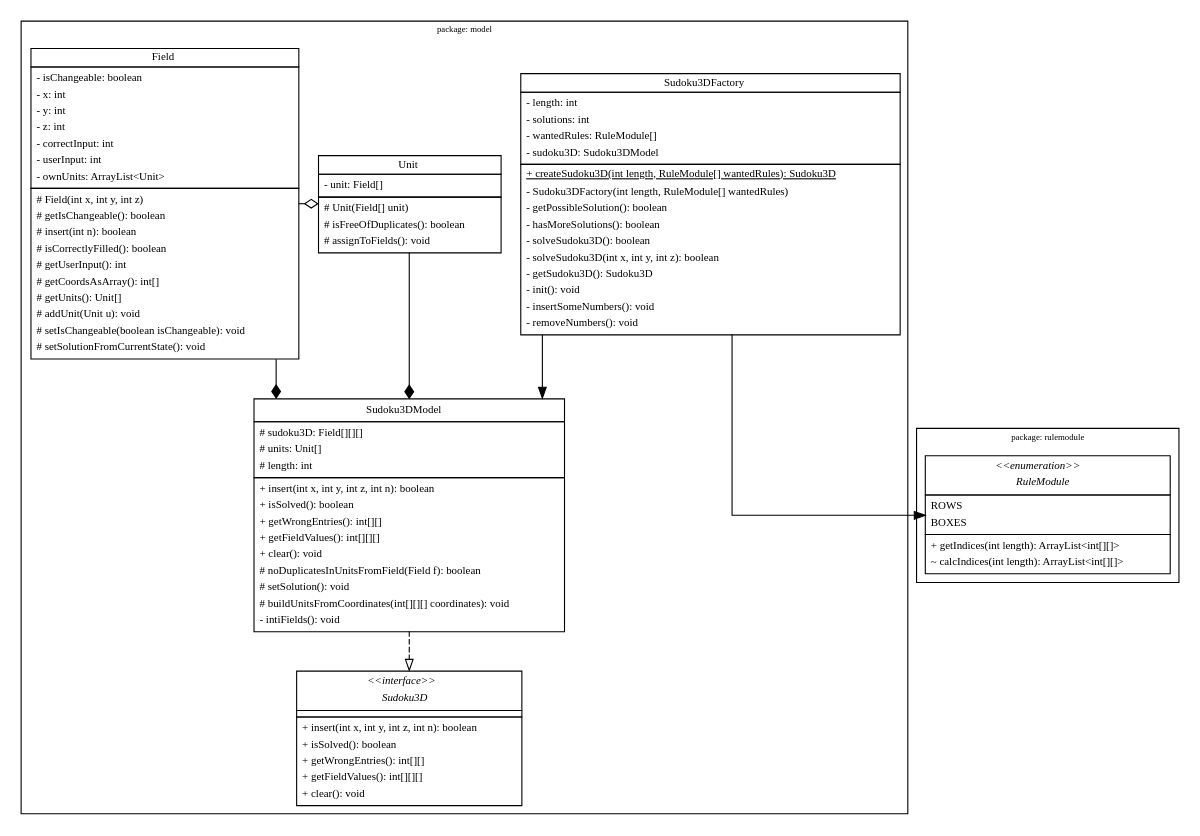
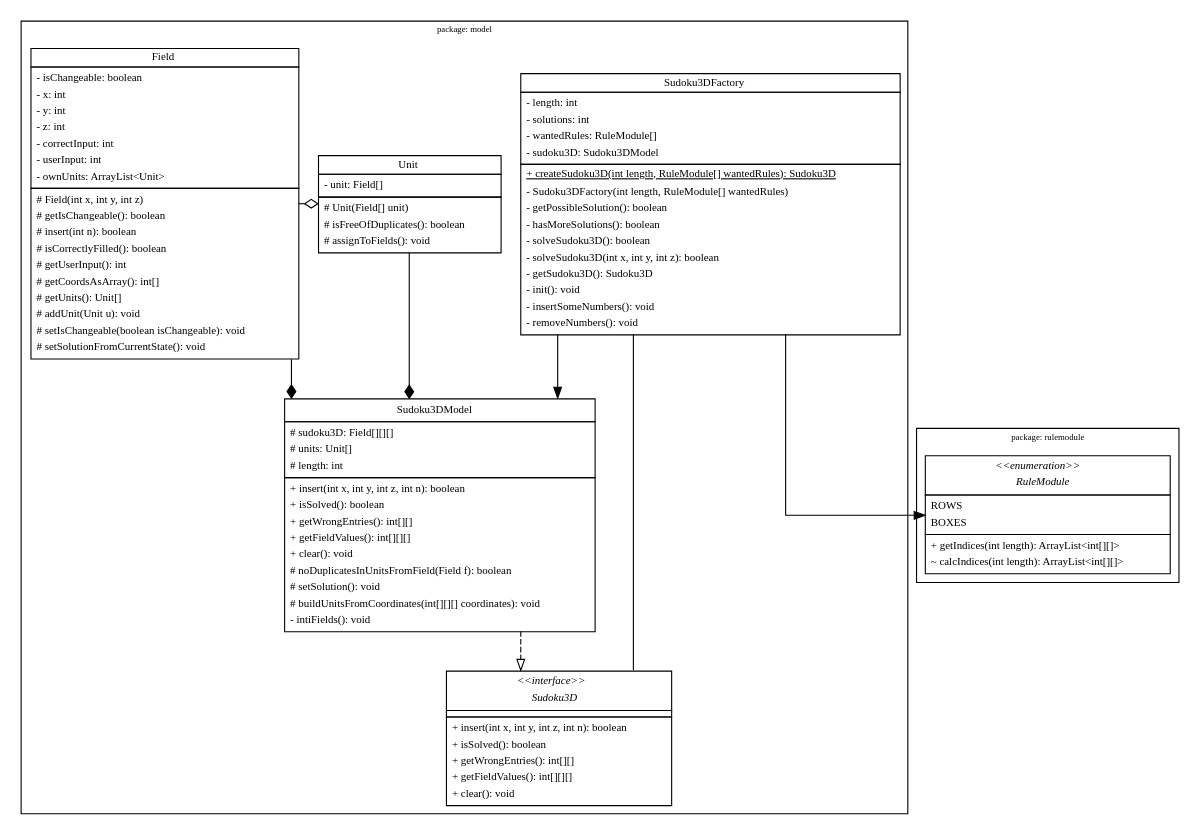
The diagram in doc/model.dot (Mavpotter/Sudoku3D), drawn with Graphviz before and after one commit.

Commit message:
added missing assignment

```diff
--- a/doc/model.dot
+++ b/doc/model.dot
@@ -221,6 +221,7 @@
 
     sudoku3dfactory -> sudoku3dmodel
     sudoku3dfactory -> rulemodule
+    sudoku3dfactory -> sudoku3d [arrowhead=none]
     field -> sudoku3dmodel [arrowhead=diamond]
     unit -> sudoku3dmodel [arrowhead=diamond]
     field -> unit [arrowhead=odiamond]
```
